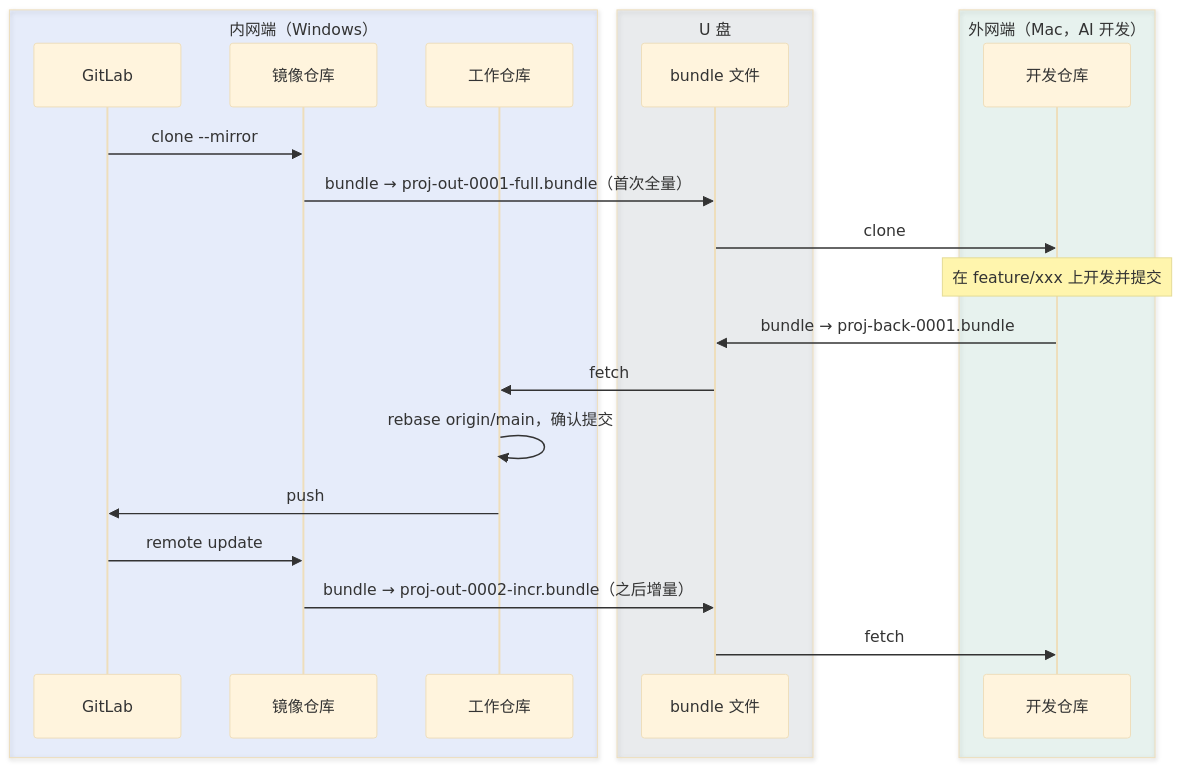
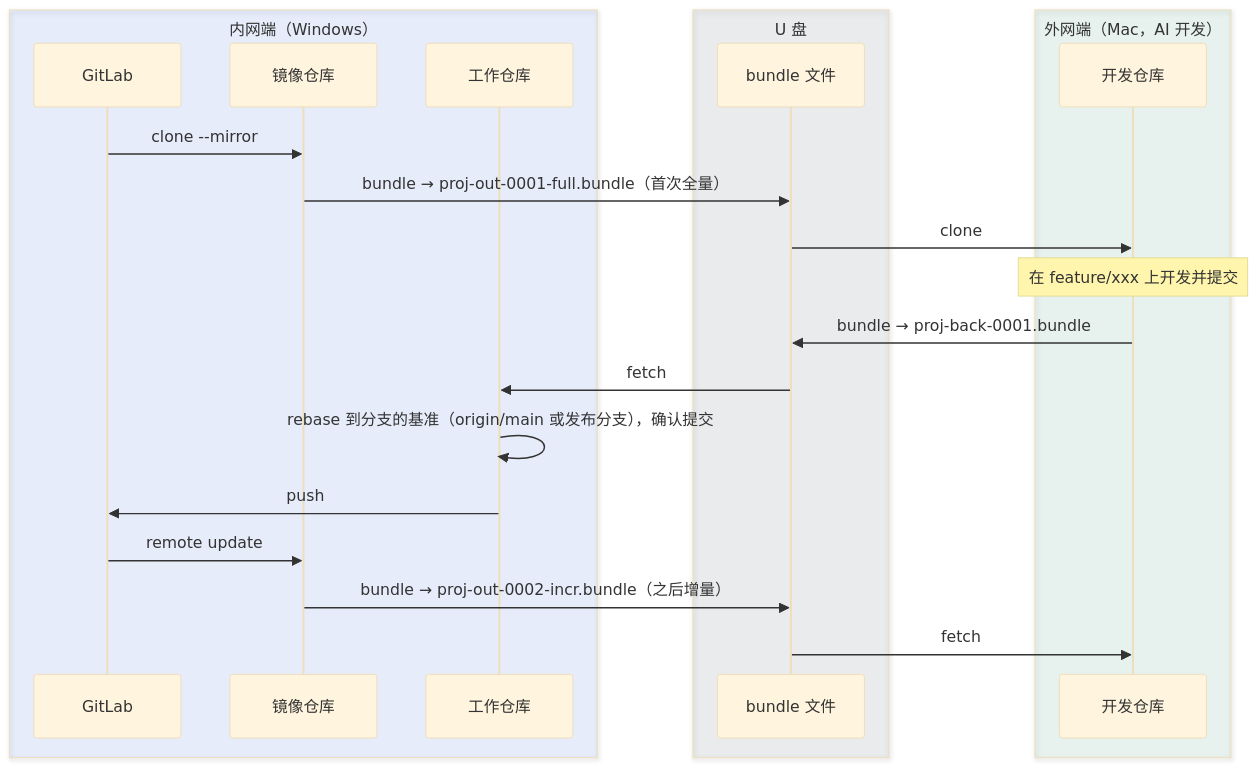
One commit to laplacesc/git-offline-sync changed the diagram in README.md. Above: the diagram before and after it, drawn with Mermaid (base theme). The commit also changed other lines of this file and 12 other files, not shown here.

````diff
--- a/README.md
+++ b/README.md
@@ -6,26 +6,26 @@
 ```mermaid
 sequenceDiagram
     box rgba(0,82,255,0.08) 内网端（Windows）
         participant GL as GitLab
         participant MR as 镜像仓库
         participant WK as 工作仓库
     end
     box rgba(100,116,139,0.10) U 盘
         participant USB as bundle 文件
     end
     box rgba(15,157,107,0.08) 外网端（Mac，AI 开发）
         participant DEV as 开发仓库
     end
 
     GL->>MR: clone --mirror
     MR->>USB: bundle → proj-out-0001-full.bundle（首次全量）
     USB->>DEV: clone
     Note over DEV: 在 feature/xxx 上开发并提交
     DEV->>USB: bundle → proj-back-0001.bundle
     USB->>WK: fetch
-    WK->>WK: rebase origin/main，确认提交
+    WK->>WK: rebase 到分支的基准（origin/main 或发布分支），确认提交
     WK->>GL: push
     GL->>MR: remote update
     MR->>USB: bundle → proj-out-0002-incr.bundle（之后增量）
     USB->>DEV: fetch
 ```
````
